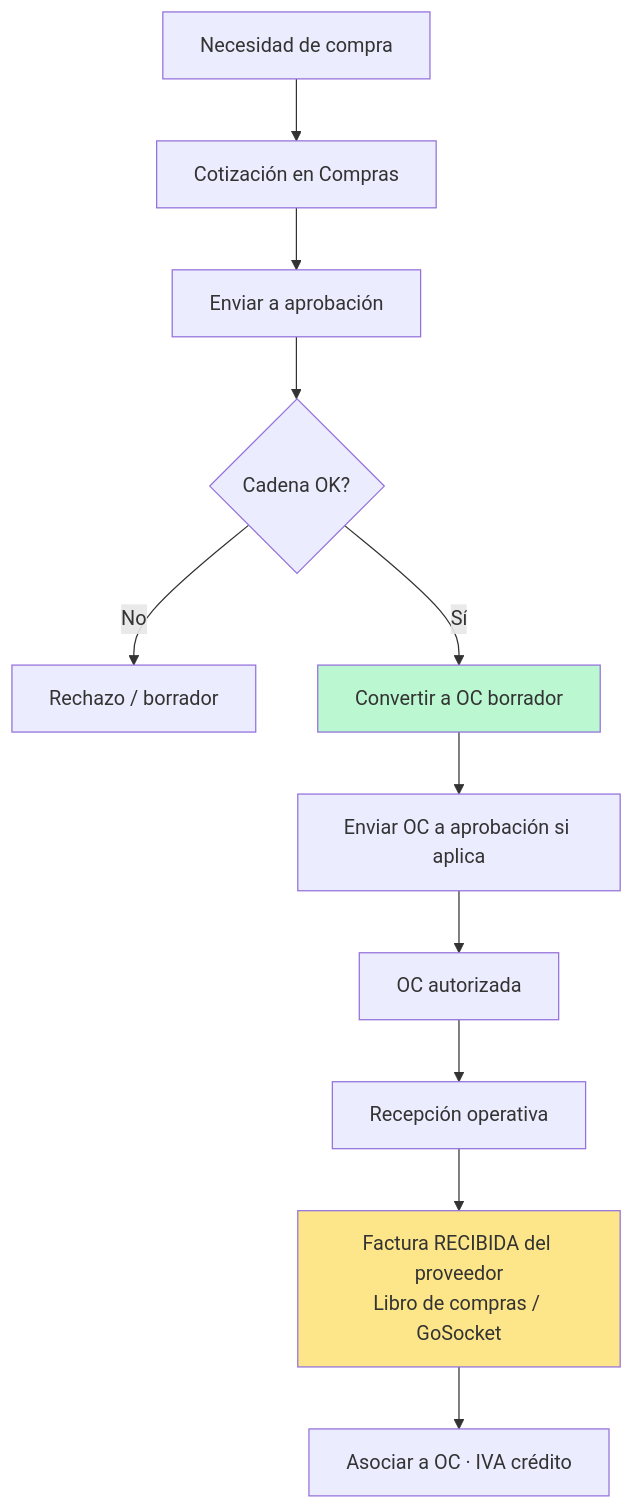
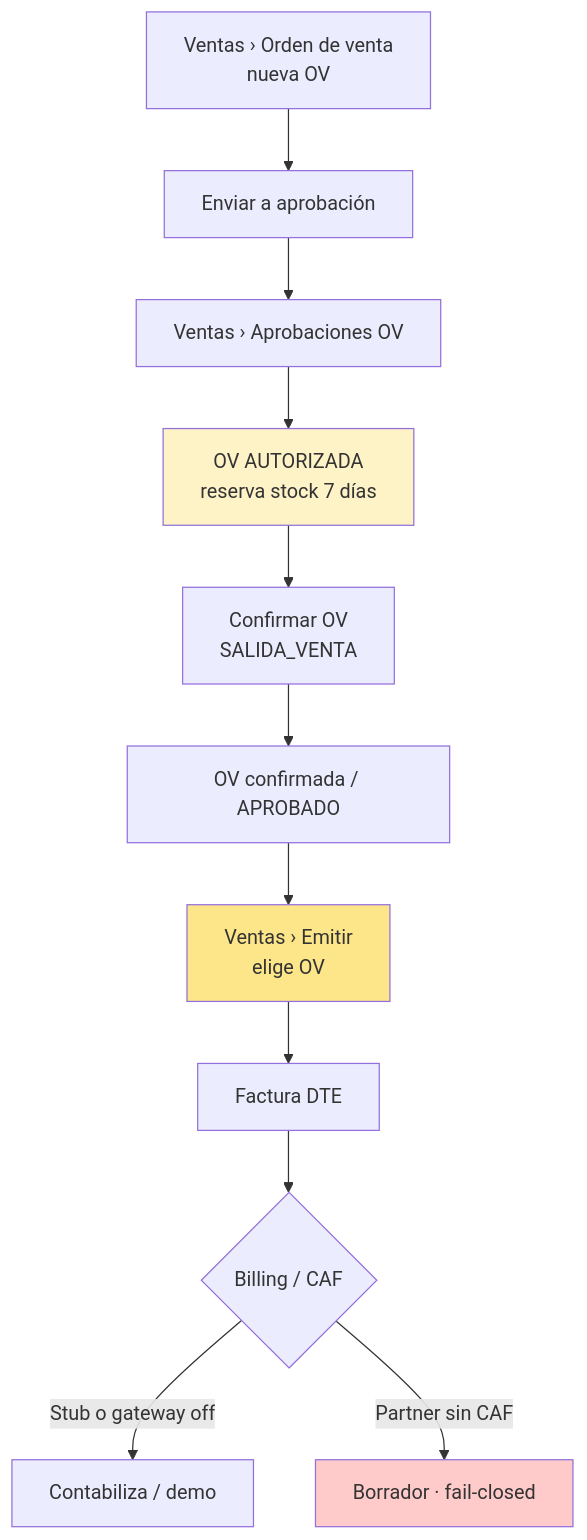
The second of 2 diagrams in docs/erp-planificacion/agrosoft-levantamiento/diagramas-flujos-ventas-compras-2026-08-20.md (cvallejosdevint/ERP_Almahue-Gantt), drawn with Mermaid before and after one commit. The commit also changed other lines of this file and 23 other files, not shown here.

First line of the commit message:
Documentar el corte del 21/08: aprobaciones solo Compras y organigrama de packing.

````diff
--- a/docs/erp-planificacion/agrosoft-levantamiento/diagramas-flujos-ventas-compras-2026-08-20.md
+++ b/docs/erp-planificacion/agrosoft-levantamiento/diagramas-flujos-ventas-compras-2026-08-20.md
@@ -53,16 +52,17 @@
 ```mermaid
 flowchart TD
-  A[Necesidad de compra] --> B[Cotización en Compras]
-  B --> C[Enviar a aprobación]
-  C --> D{Cadena OK?}
-  D -->|No| E[Rechazo / borrador]
-  D -->|Sí| F[Convertir a OC borrador]
-  F --> G[Enviar OC a aprobación si aplica]
-  G --> H[OC autorizada]
-  H --> I[Recepción operativa]
-  I --> J[Factura RECIBIDA del proveedor<br/>Libro de compras / GoSocket]
-  J --> K[Asociar a OC · IVA crédito]
+  A[Ventas › Orden de venta<br/>nueva OV] --> B[Enviar a aprobación]
+  B --> C[Ventas › Aprobaciones OV]
+  C --> D[OV AUTORIZADA<br/>reserva stock 7 días]
+  D --> E[Confirmar OV<br/>SALIDA_VENTA]
+  E --> F[OV confirmada / APROBADO]
+  F --> G[Ventas › Emitir<br/>elige OV]
+  G --> H[Factura DTE]
+  H --> I{Billing / CAF}
+  I -->|Stub o gateway off| J[Contabiliza / demo]
+  I -->|Partner sin CAF| K[Borrador · fail-closed]
 
-  style F fill:#bbf7d0
-  style J fill:#fde68a
+  style D fill:#fef3c7
+  style G fill:#fde68a
+  style K fill:#fecaca
 ```
````
